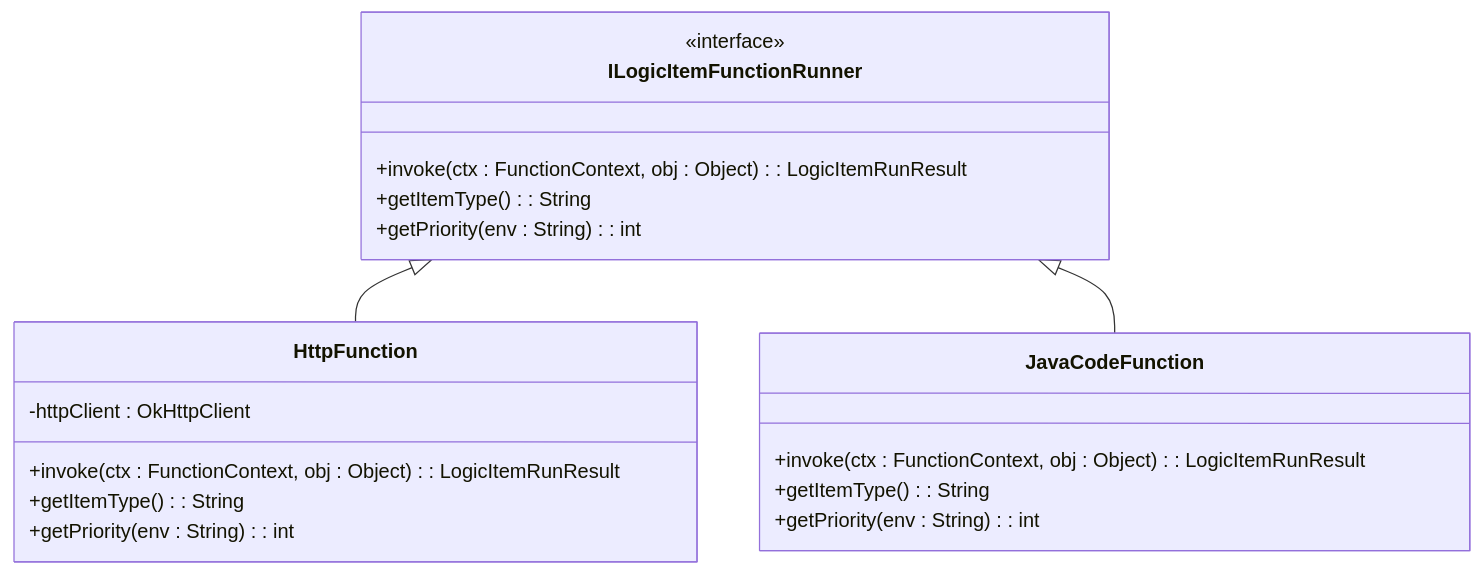
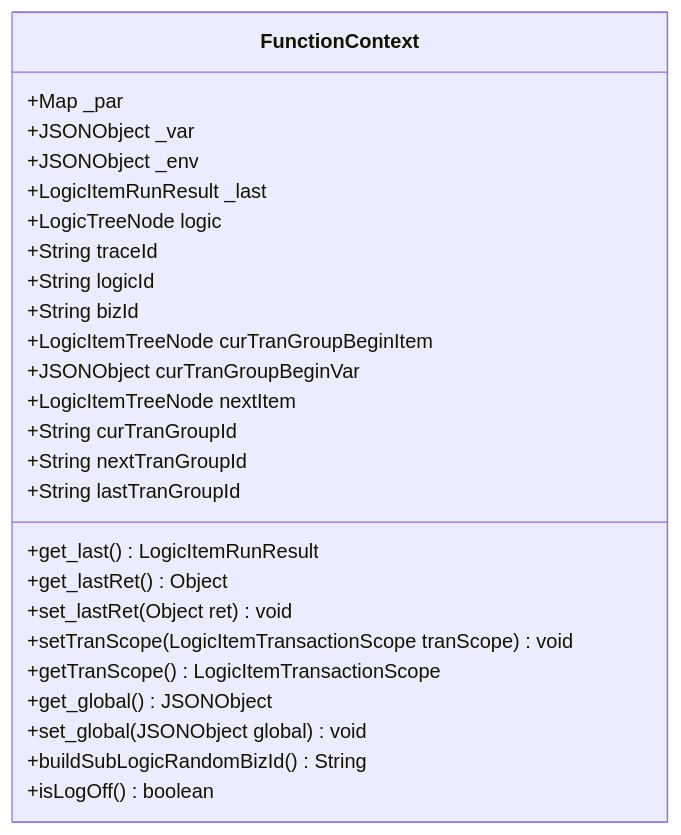
Before and after one commit to lk-keep-fighting/logic-solution: the first of 4 diagrams in .qoder/repowiki/zh/content/扩展开发/自定义节点开发.md, drawn with Mermaid. The commit also changed other lines of this file and 104 other files, not shown here.

````diff
--- a/.qoder/repowiki/zh/content/扩展开发/自定义节点开发.md
+++ b/.qoder/repowiki/zh/content/扩展开发/自定义节点开发.md
@@ -33,22 +43,28 @@
 ```mermaid
 classDiagram
-class ILogicItemFunctionRunner {
-<<interface>>
-+invoke(ctx : FunctionContext, obj : Object) : LogicItemRunResult
-+getItemType() : String
-+getPriority(env : String) : int
+class FunctionContext {
++Map<String, Object> _par
++JSONObject _var
++JSONObject _env
++LogicItemRunResult _last
++LogicTreeNode logic
++String traceId
++String logicId
++String bizId
++LogicItemTreeNode curTranGroupBeginItem
++JSONObject curTranGroupBeginVar
++LogicItemTreeNode nextItem
++String curTranGroupId
++String nextTranGroupId
++String lastTranGroupId
++get_last() LogicItemRunResult
++get_lastRet() Object
++set_lastRet(Object ret) void
++setTranScope(LogicItemTransactionScope tranScope) void
++getTranScope() LogicItemTransactionScope
++get_global() JSONObject
++set_global(JSONObject global) void
++buildSubLogicRandomBizId() String
++isLogOff() boolean
 }
-class HttpFunction {
--httpClient : OkHttpClient
-+invoke(ctx : FunctionContext, obj : Object) : LogicItemRunResult
-+getItemType() : String
-+getPriority(env : String) : int
-}
-class JavaCodeFunction {
-+invoke(ctx : FunctionContext, obj : Object) : LogicItemRunResult
-+getItemType() : String
-+getPriority(env : String) : int
-}
-ILogicItemFunctionRunner <|-- HttpFunction
-ILogicItemFunctionRunner <|-- JavaCodeFunction
 ```
````
